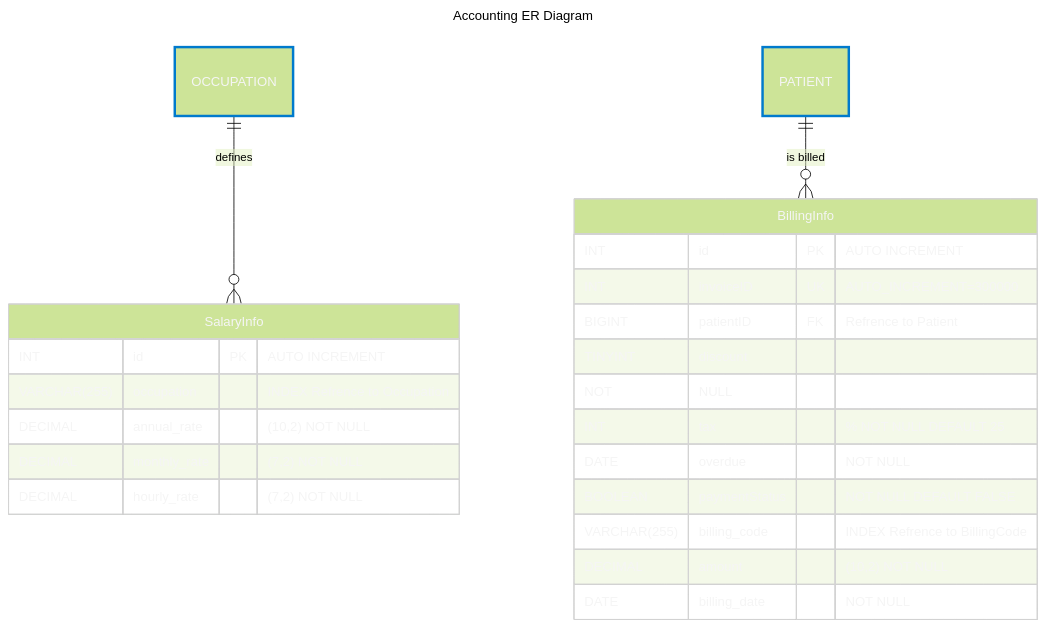
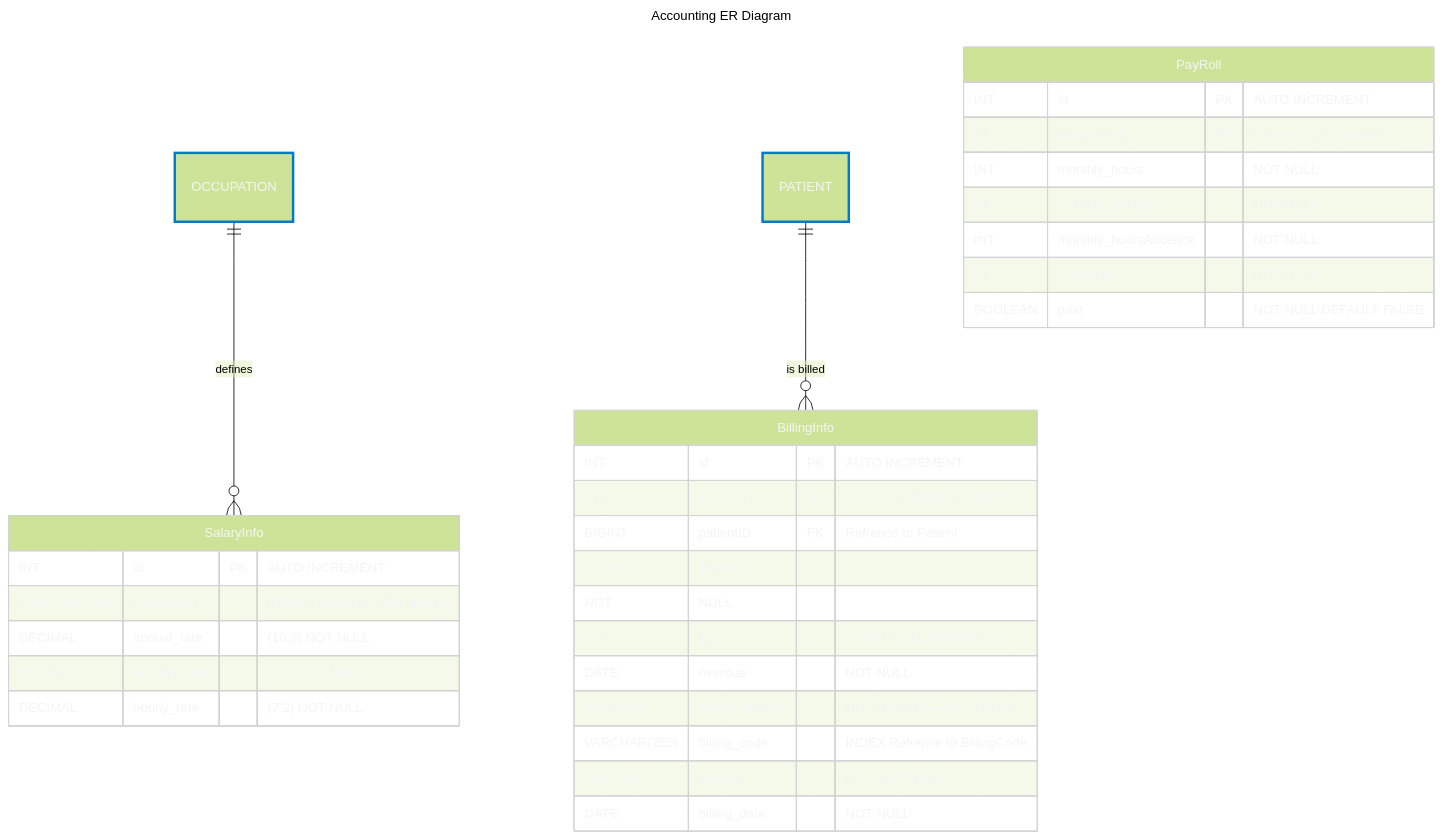
The diagram in accounting/docs/accounting-erdiagram.md (krigjo25/database-MedicareSys-mariadb), drawn with Mermaid (forest theme) before and after one commit.

Commit message:
docs(ErDiagram): ✨ Introduce Payroll table

````diff
--- a/accounting/docs/accounting-erdiagram.md
+++ b/accounting/docs/accounting-erdiagram.md
@@ -1,35 +1,45 @@
 ```mermaid
 ---
 title: "Accounting ER Diagram"
 ---
 erDiagram
 
         OCCUPATION ||--o{ SalaryInfo : "defines"
         PATIENT ||--o{ BillingInfo : "is billed"
     SalaryInfo {
         INT id PK "AUTO INCREMENT"
         VARCHAR(255) occupation "INDEX Refrence to Occupation"
         DECIMAL annual_rate "(10,2) NOT NULL"
         DECIMAL monthly_rate "(7,2) NOT NULL"
         DECIMAL hourly_rate "(7,2) NOT NULL"
     }
 
     BillingInfo {
         INT id PK "AUTO INCREMENT"
         INT invoiceID UK "AUTO_INCREMENT=300000"
         BIGINT patientID FK "Refrence to Patient"
         TINYINT discount NOT NULL
         INT tax "% NOT NULL DEFAULT 25"
         DATE overdue "NOT NULL"
         BOOLEAN paymentStatus "NOT NULL DEFAULT FALSE"
         VARCHAR(255) billing_code "INDEX Refrence to BillingCode"
         DECIMAL amount "(10,2) NOT NULL"
         DATE billing_date "NOT NULL"
     }
 
+    PayRoll {
+        INT id PK "AUTO INCREMENT"
+        INT employeeID FK "Refrence to Employee"
+        INT monthly_hours "NOT NULL"
+        INT monthly_sickDays "NOT NULL"
+        INT monthly_hoursAbcence "NOT NULL"
+        INT Ammount "NOT NULL"
+        BOOLEAN paid "NOT NULL DEFAULT FALSE"
+
+    }
     classDef default color: #f5f5f5, stroke: #D3D3D3, stroke-width:1px
     classDef highlight color: #f5f5f5, stroke: #007acc, stroke-width:3px
 
     OCCUPATION::: highlight
     PATIENT ::: highlight
 ```
````
